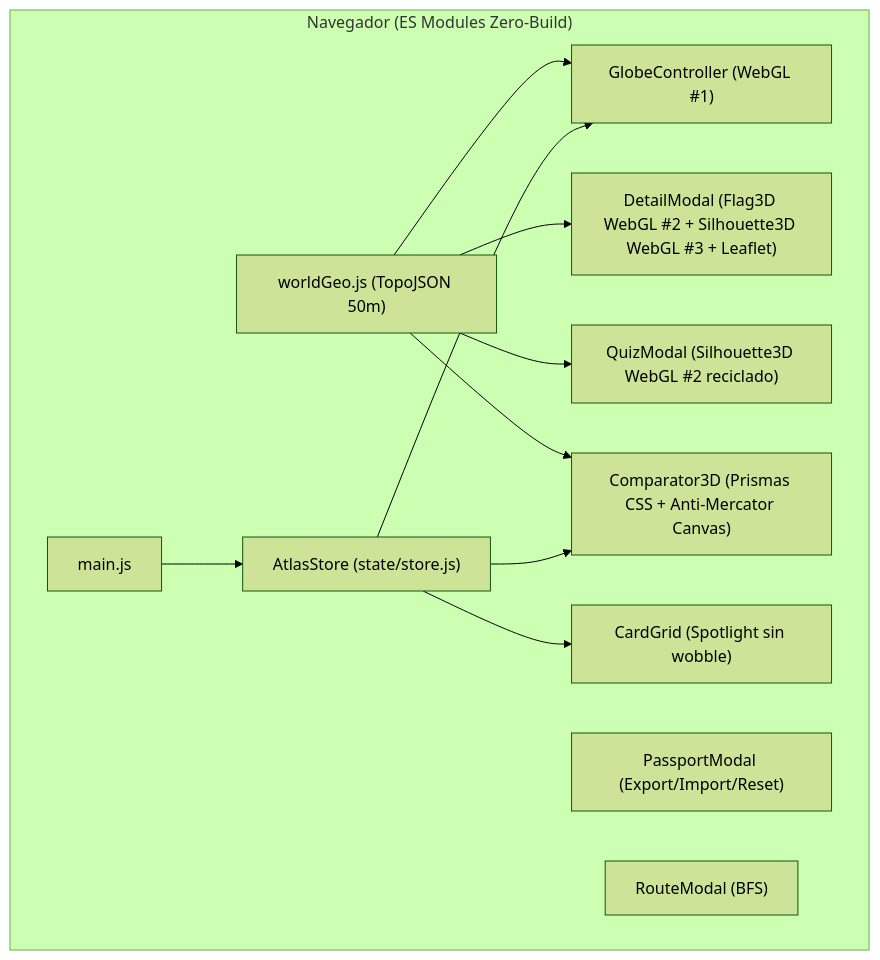
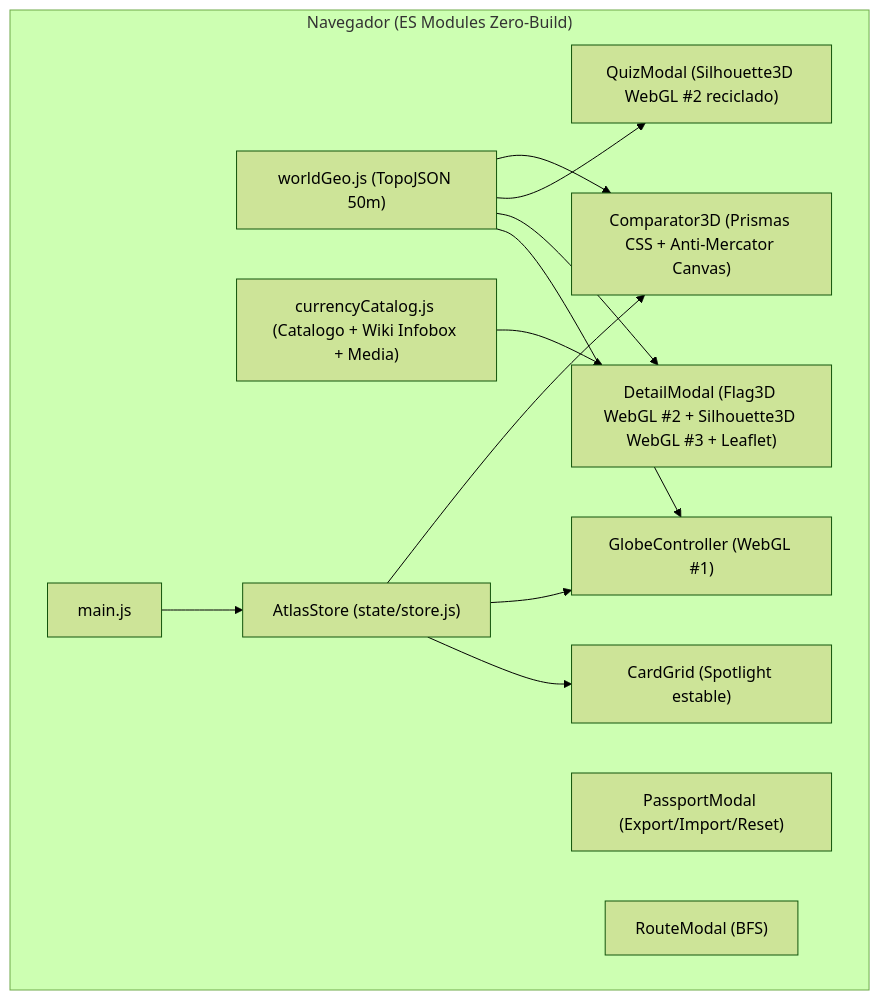
Before and after one commit to Facusere/Atlas: the diagram in docs/ARQUITECTURA_Y_ESTRUCTURA.md, drawn with Mermaid (forest theme). The commit also changed other lines of this file and 21 other files, not shown here.

````diff
--- a/docs/ARQUITECTURA_Y_ESTRUCTURA.md
+++ b/docs/ARQUITECTURA_Y_ESTRUCTURA.md
@@ -58,24 +59,26 @@
 ```mermaid
 flowchart TB
     subgraph Browser["Navegador (ES Modules Zero-Build)"]
         Main["main.js"]
         Store["AtlasStore (state/store.js)"]
         Geo["worldGeo.js (TopoJSON 50m)"]
+        Cur["currencyCatalog.js (Catalogo + Wiki Infobox + Media)"]
         Globe["GlobeController (WebGL #1)"]
         Detail["DetailModal (Flag3D WebGL #2 + Silhouette3D WebGL #3 + Leaflet)"]
         Quiz["QuizModal (Silhouette3D WebGL #2 reciclado)"]
         Comp["Comparator3D (Prismas CSS + Anti-Mercator Canvas)"]
-        Grid["CardGrid (Spotlight sin wobble)"]
+        Grid["CardGrid (Spotlight estable)"]
         Passport["PassportModal (Export/Import/Reset)"]
         Route["RouteModal (BFS)"]
     end
 
     Geo --> Globe
     Geo --> Detail
     Geo --> Quiz
     Geo --> Comp
+    Cur --> Detail
     Main --> Store
     Store --> Grid
     Store --> Globe
     Store --> Comp
 ```
````
